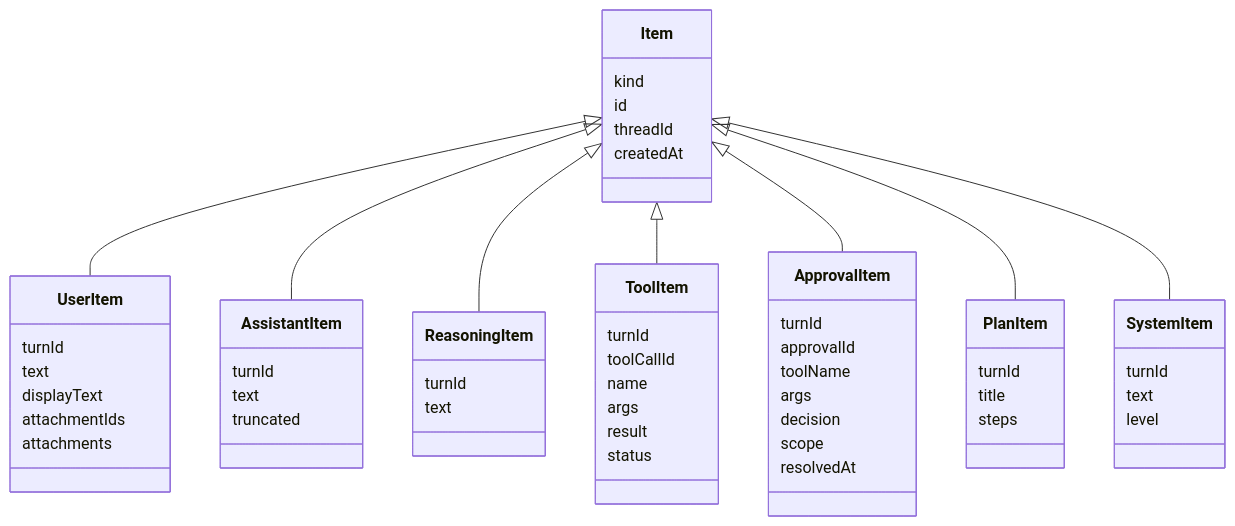
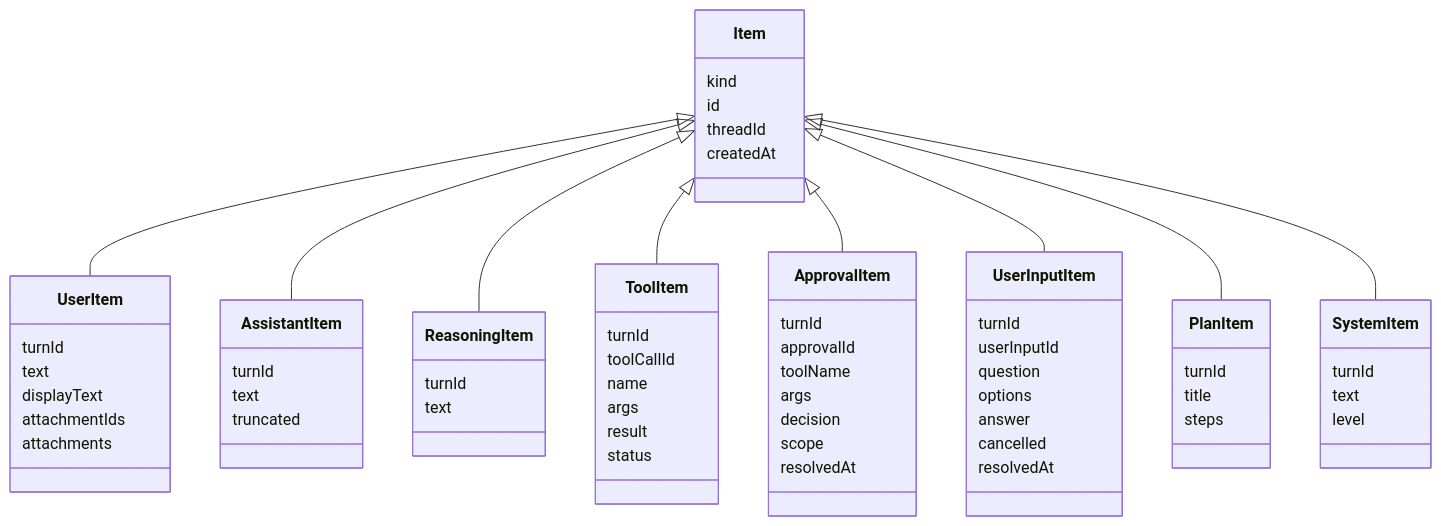
Before and after one commit to dp-sudo/agent-pyramid-desktop: the second of 2 diagrams in docs/data-model.md, drawn with Mermaid. The commit also changed other lines of this file and 5 other files, not shown here.

````diff
--- a/docs/data-model.md
+++ b/docs/data-model.md
@@ -265,60 +265,70 @@
 ```mermaid
 classDiagram
   class Item {
     kind
     id
     threadId
     createdAt
   }
   class UserItem {
     turnId
     text
     displayText
     attachmentIds
     attachments
   }
   class AssistantItem {
     turnId
     text
     truncated
   }
   class ReasoningItem {
     turnId
     text
   }
   class ToolItem {
     turnId
     toolCallId
     name
     args
     result
     status
   }
   class ApprovalItem {
     turnId
     approvalId
     toolName
     args
     decision
     scope
     resolvedAt
   }
+  class UserInputItem {
+    turnId
+    userInputId
+    question
+    options
+    answer
+    cancelled
+    resolvedAt
+  }
   class PlanItem {
     turnId
     title
     steps
   }
   class SystemItem {
     turnId
     text
     level
   }
 
   Item <|-- UserItem
   Item <|-- AssistantItem
   Item <|-- ReasoningItem
   Item <|-- ToolItem
   Item <|-- ApprovalItem
+  Item <|-- UserInputItem
   Item <|-- PlanItem
   Item <|-- SystemItem
 ```
````
